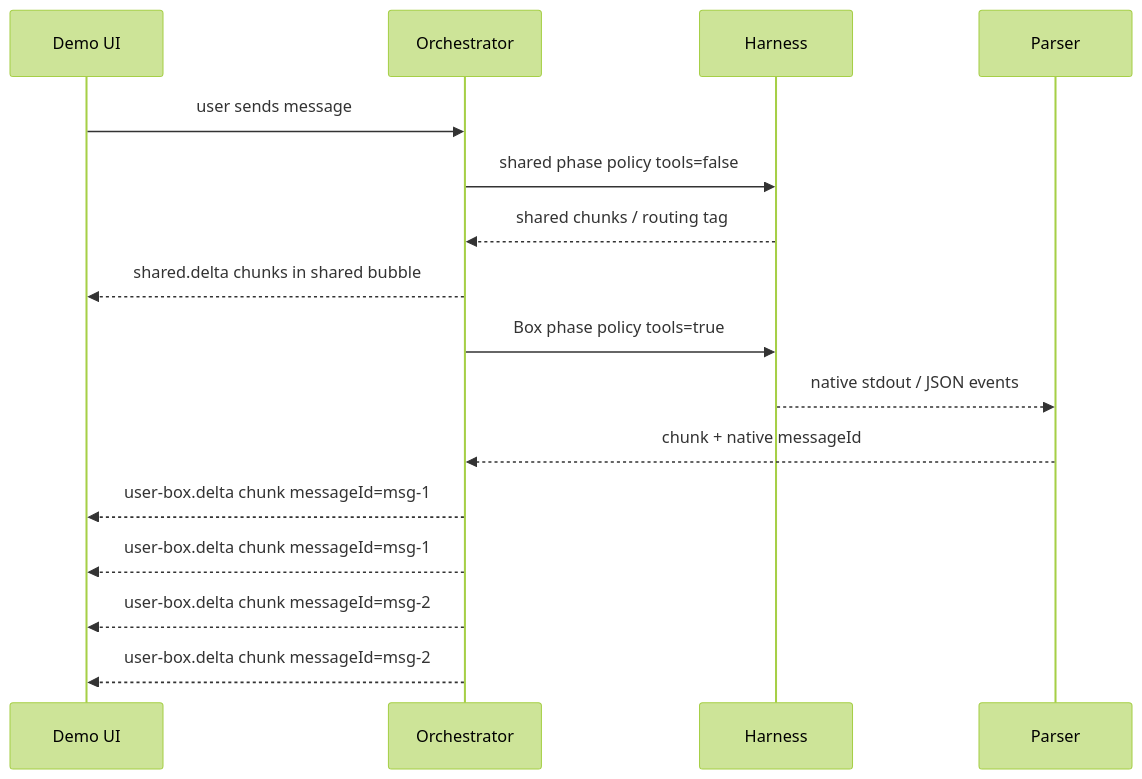
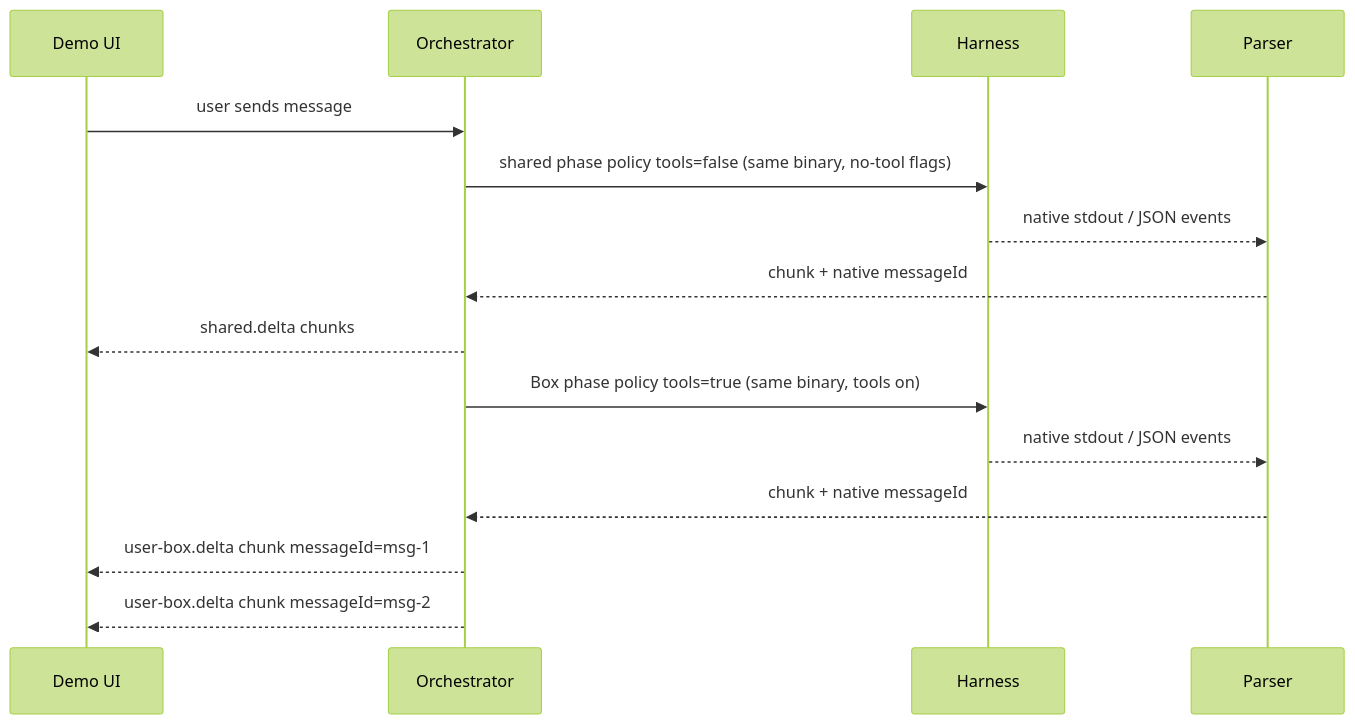
Before and after one commit to ariana-dot-dev/optibox: the second of 2 diagrams in docs/shared-vs-box-harness-gap-report.md, drawn with Mermaid (forest theme). The commit also changed other lines of this file and 16 other files, not shown here.

First line of the commit message:
Remove provider fallback; run the same harness on shared infra

````diff
--- a/docs/shared-vs-box-harness-gap-report.md
+++ b/docs/shared-vs-box-harness-gap-report.md
@@ -95,19 +76,18 @@
 ```mermaid
 sequenceDiagram
     participant UI as Demo UI
     participant O as Orchestrator
     participant H as Harness
     participant P as Parser
 
     UI->>O: user sends message
-    O->>H: shared phase policy tools=false
-    H-->>O: shared chunks / routing tag
-    O-->>UI: shared.delta chunks in shared bubble
-    O->>H: Box phase policy tools=true
+    O->>H: shared phase policy tools=false (same binary, no-tool flags)
+    H-->>P: native stdout / JSON events
+    P-->>O: chunk + native messageId
+    O-->>UI: shared.delta chunks
+    O->>H: Box phase policy tools=true (same binary, tools on)
     H-->>P: native stdout / JSON events
     P-->>O: chunk + native messageId
     O-->>UI: user-box.delta chunk messageId=msg-1
-    O-->>UI: user-box.delta chunk messageId=msg-1
-    O-->>UI: user-box.delta chunk messageId=msg-2
     O-->>UI: user-box.delta chunk messageId=msg-2
 ```
````
